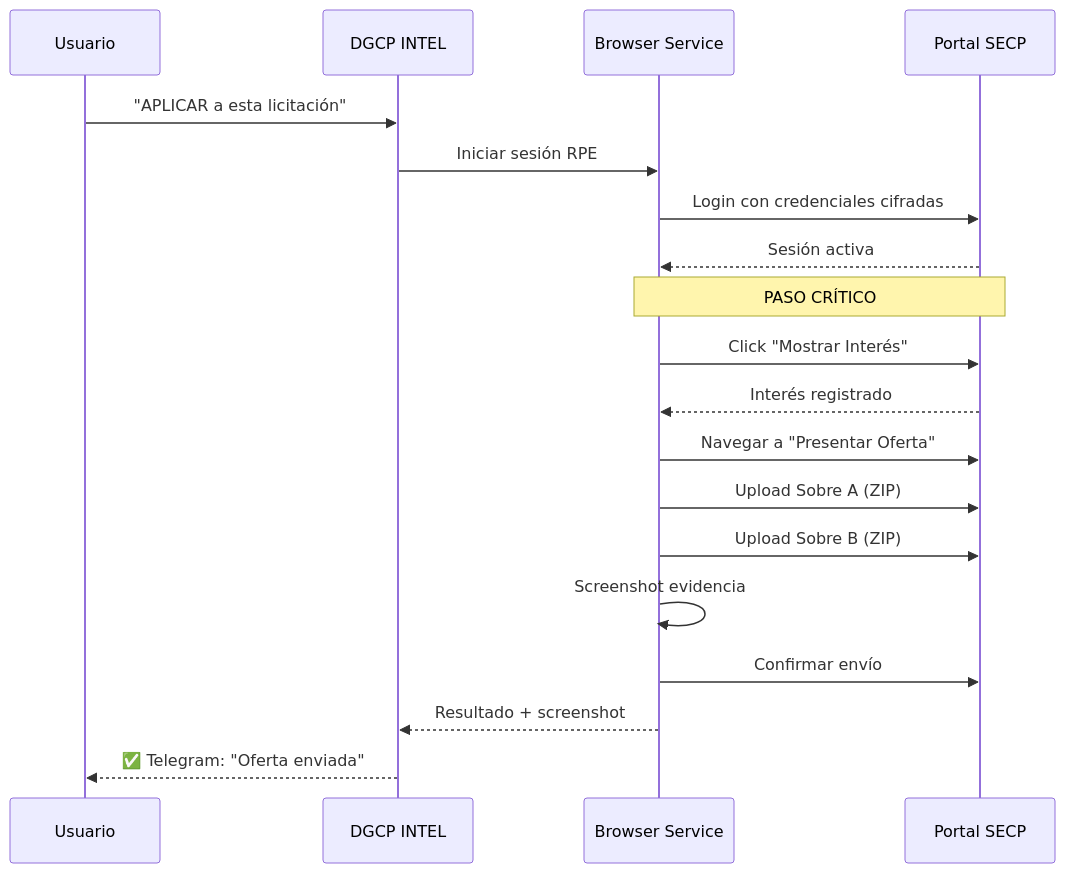
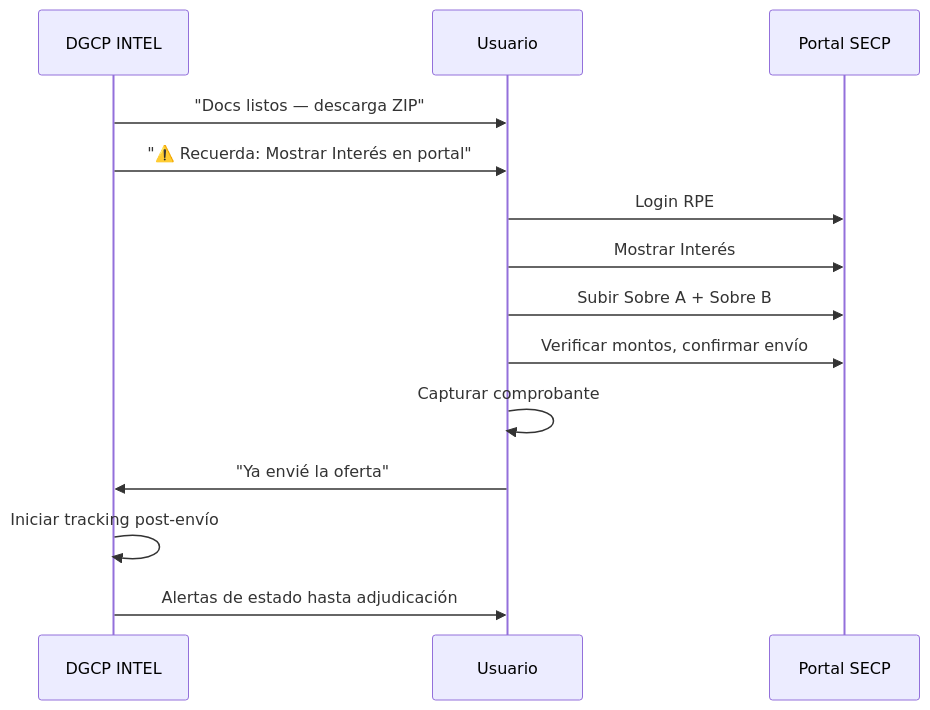
Before and after one commit to soulcore-dev/dgcp-intel-docs: the third of 4 diagrams in content/dgcp-intel/ROADMAP_FASES.md, drawn with Mermaid. The commit also changed other lines of this file and 2 other files, not shown here.

First line of the commit message:
fix: proceso real basado en Hefesto — portal es HUMANO, no automatizado

````diff
--- a/content/dgcp-intel/ROADMAP_FASES.md
+++ b/content/dgcp-intel/ROADMAP_FASES.md
@@ -177,25 +185,17 @@
 ```mermaid
 sequenceDiagram
+    participant IA as DGCP INTEL
     participant U as Usuario
-    participant D as DGCP INTEL
-    participant B as Browser Service
     participant P as Portal SECP
 
-    U->>D: "APLICAR a esta licitación"
-    D->>B: Iniciar sesión RPE
-    B->>P: Login con credenciales cifradas
-    P-->>B: Sesión activa
-
-    Note over B,P: PASO CRÍTICO
-    B->>P: Click "Mostrar Interés"
-    P-->>B: Interés registrado
-
-    B->>P: Navegar a "Presentar Oferta"
-    B->>P: Upload Sobre A (ZIP)
-    B->>P: Upload Sobre B (ZIP)
-    B->>B: Screenshot evidencia
-    B->>P: Confirmar envío
-
-    B-->>D: Resultado + screenshot
-    D-->>U: ✅ Telegram: "Oferta enviada"
+    IA->>U: "Docs listos — descarga ZIP"
+    IA->>U: "⚠️ Recuerda: Mostrar Interés en portal"
+    U->>P: Login RPE
+    U->>P: Mostrar Interés
+    U->>P: Subir Sobre A + Sobre B
+    U->>P: Verificar montos, confirmar envío
+    U->>U: Capturar comprobante
+    U->>IA: "Ya envié la oferta"
+    IA->>IA: Iniciar tracking post-envío
+    IA->>U: Alertas de estado hasta adjudicación
 ```
````
